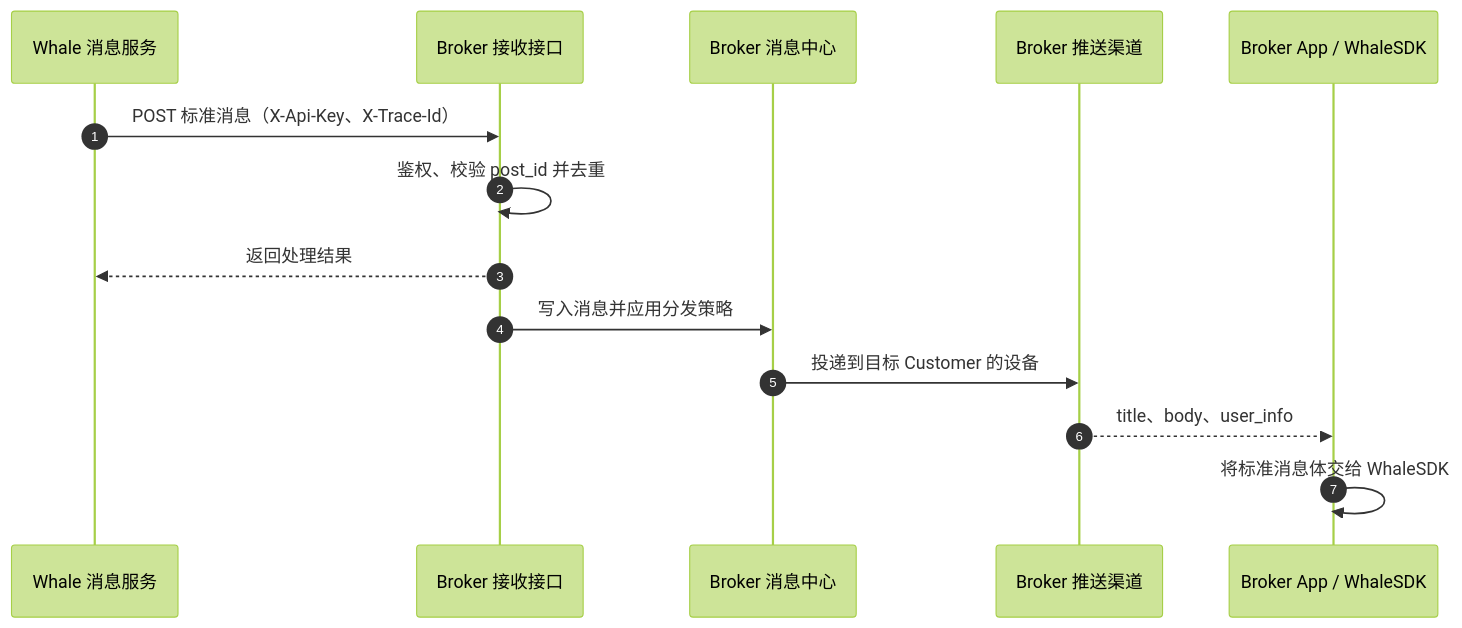
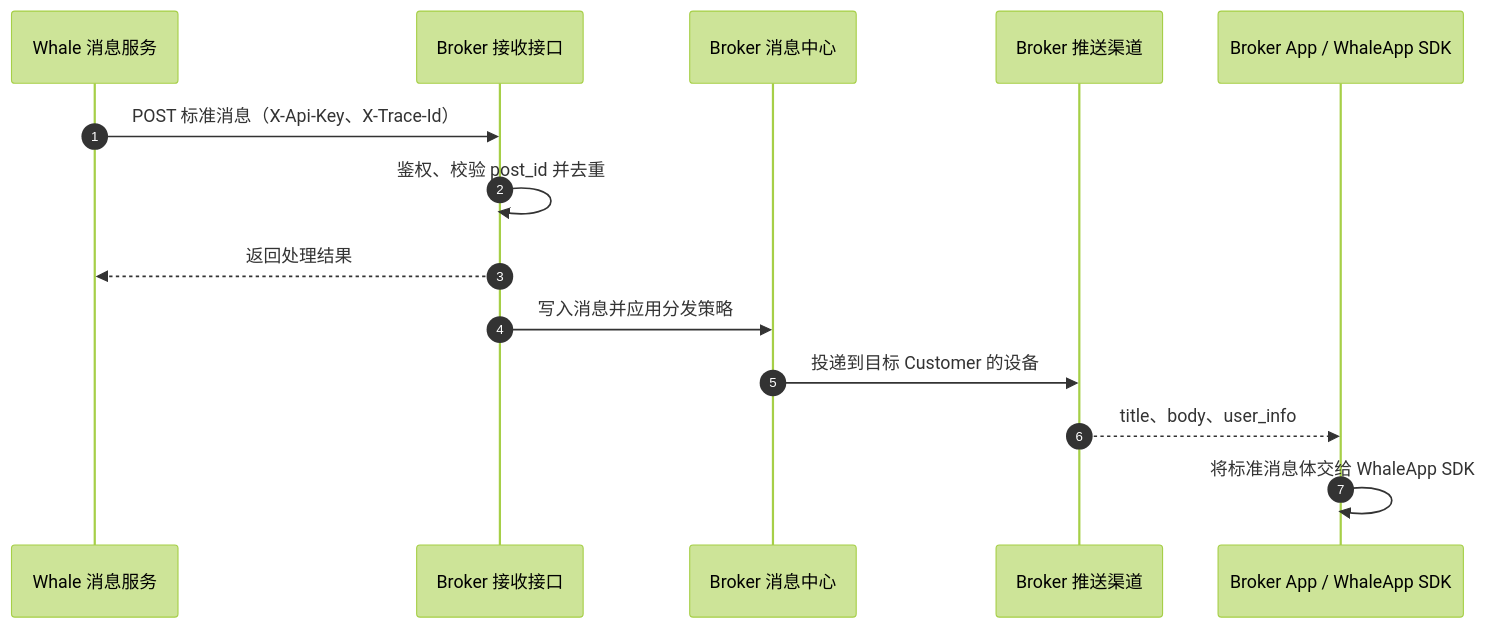
One commit to longbridge/whale-docs changed the second of 2 diagrams in cn/docs/message-push.mdx. Above: the diagram before and after it, drawn with Mermaid (forest theme). The commit also changed other lines of this file and 50 other files, not shown here.

Commit message:
docs: define Whale SDK product hierarchy

````diff
--- a/cn/docs/message-push.mdx
+++ b/cn/docs/message-push.mdx
@@ -92,17 +92,17 @@
 ```mermaid
 sequenceDiagram
     autonumber
     participant Whale as Whale 消息服务
     participant Endpoint as Broker 接收接口
     participant Center as Broker 消息中心
     participant Channel as Broker 推送渠道
-    participant App as Broker App / WhaleSDK
+    participant App as Broker App / WhaleApp SDK
 
     Whale->>Endpoint: POST 标准消息（X-Api-Key、X-Trace-Id）
     Endpoint->>Endpoint: 鉴权、校验 post_id 并去重
     Endpoint-->>Whale: 返回处理结果
     Endpoint->>Center: 写入消息并应用分发策略
     Center->>Channel: 投递到目标 Customer 的设备
     Channel-->>App: title、body、user_info
-    App->>App: 将标准消息体交给 WhaleSDK
+    App->>App: 将标准消息体交给 WhaleApp SDK
 ```
````
